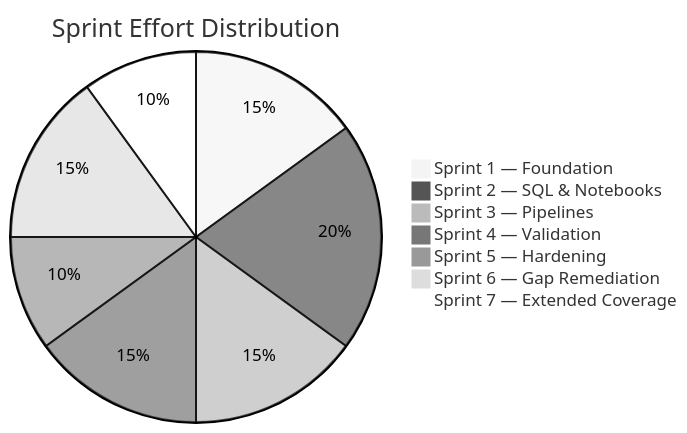
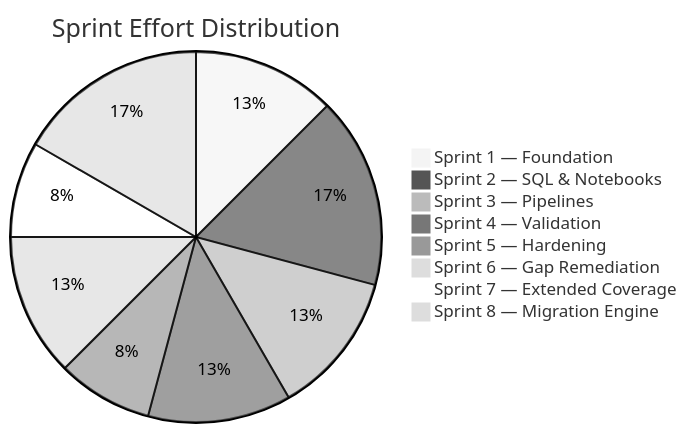
Before and after one commit to cyphou/InformaticaToFabric: the eighth of 8 diagrams in DEVELOPMENT_PLAN.md, drawn with Mermaid (neutral theme). The commit also changed other lines of this file and 25 other files, not shown here.

First line of the commit message:
Sprint 8: Executable migration engine  run_migration.py orchestrator + 4 phase scripts

````diff
--- a/DEVELOPMENT_PLAN.md
+++ b/DEVELOPMENT_PLAN.md
@@ -516,10 +539,11 @@
 ```mermaid
 pie title Sprint Effort Distribution
     "Sprint 1 — Foundation" : 15
     "Sprint 2 — SQL & Notebooks" : 20
     "Sprint 3 — Pipelines" : 15
     "Sprint 4 — Validation" : 15
     "Sprint 5 — Hardening" : 10
     "Sprint 6 — Gap Remediation" : 15
     "Sprint 7 — Extended Coverage" : 10
+    "Sprint 8 — Migration Engine" : 20
 ```
````
